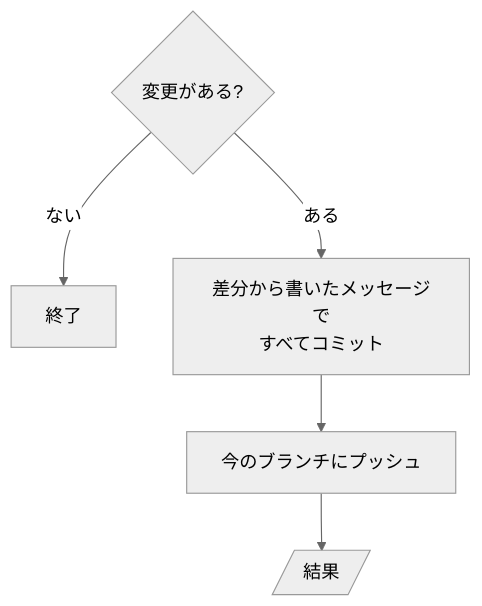
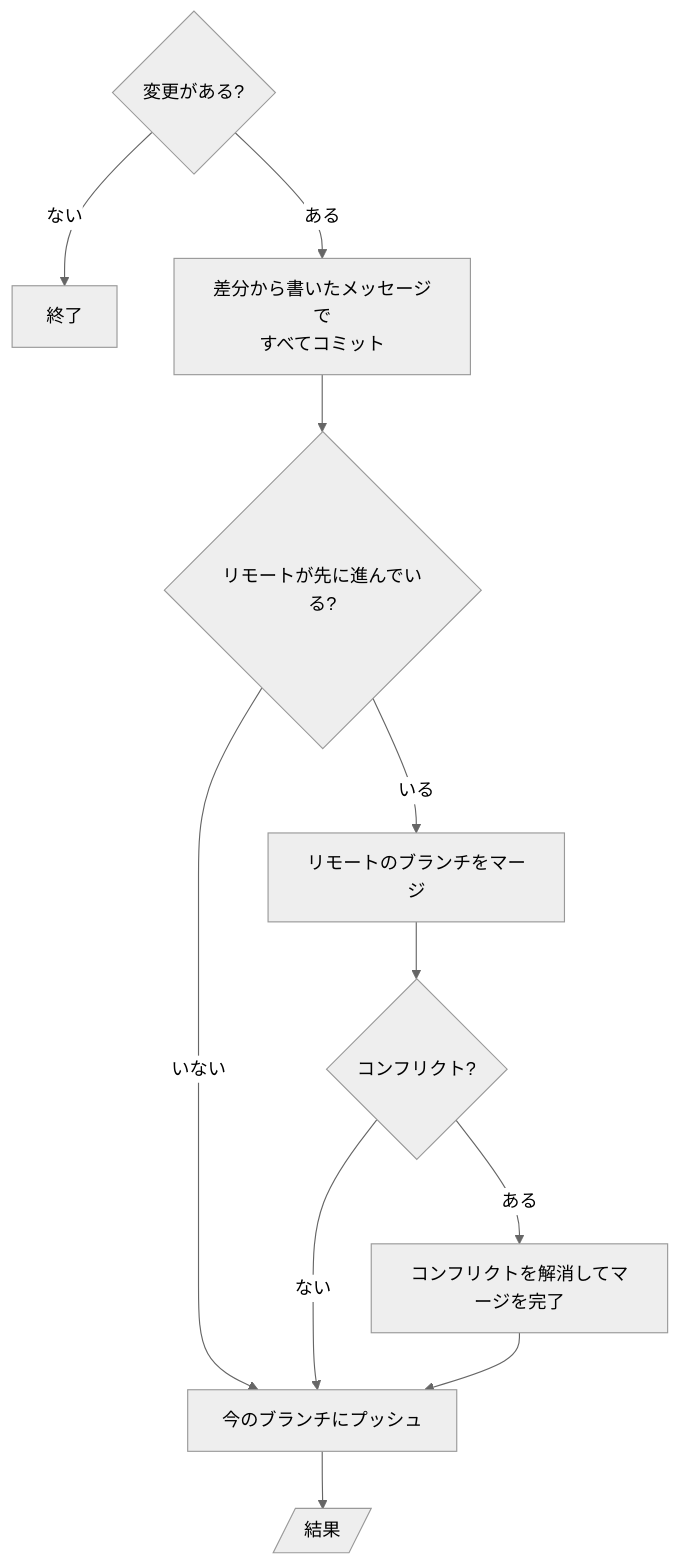
One commit to omni-stove/skill-kit changed the diagram in shared/skills/cap/README.ja.md. Above: the diagram before and after it, drawn with Mermaid (neutral theme). The commit also changed 4 other files, not shown here.

````diff
--- a/shared/skills/cap/README.ja.md
+++ b/shared/skills/cap/README.ja.md
@@ -3,8 +3,14 @@
 ```mermaid
 flowchart TD
   changes{変更がある?}
   changes -- "ない" --> stop[終了]
   changes -- "ある" --> commit[差分から書いたメッセージで<br/>すべてコミット]
-  commit --> push[今のブランチにプッシュ]
+  commit --> ahead{リモートが先に進んでいる?}
+  ahead -- "いない" --> push[今のブランチにプッシュ]
+  ahead -- "いる" --> merge[リモートのブランチをマージ]
+  merge --> conflict{コンフリクト?}
+  conflict -- "ない" --> push
+  conflict -- "ある" --> resolve[コンフリクトを解消してマージを完了]
+  resolve --> push
   push --> result[/結果/]
 ```
````
